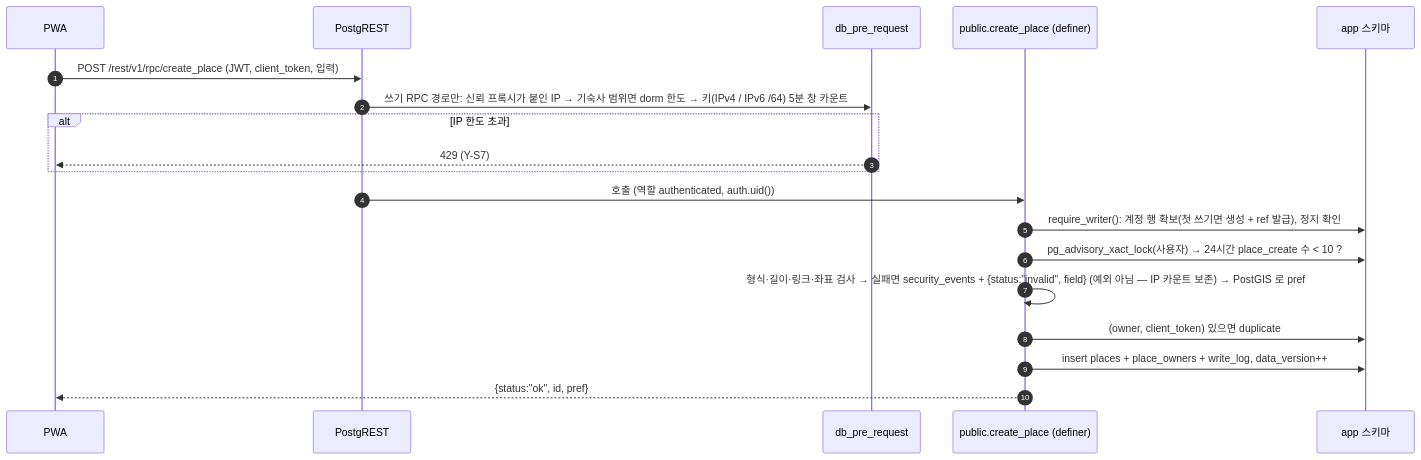
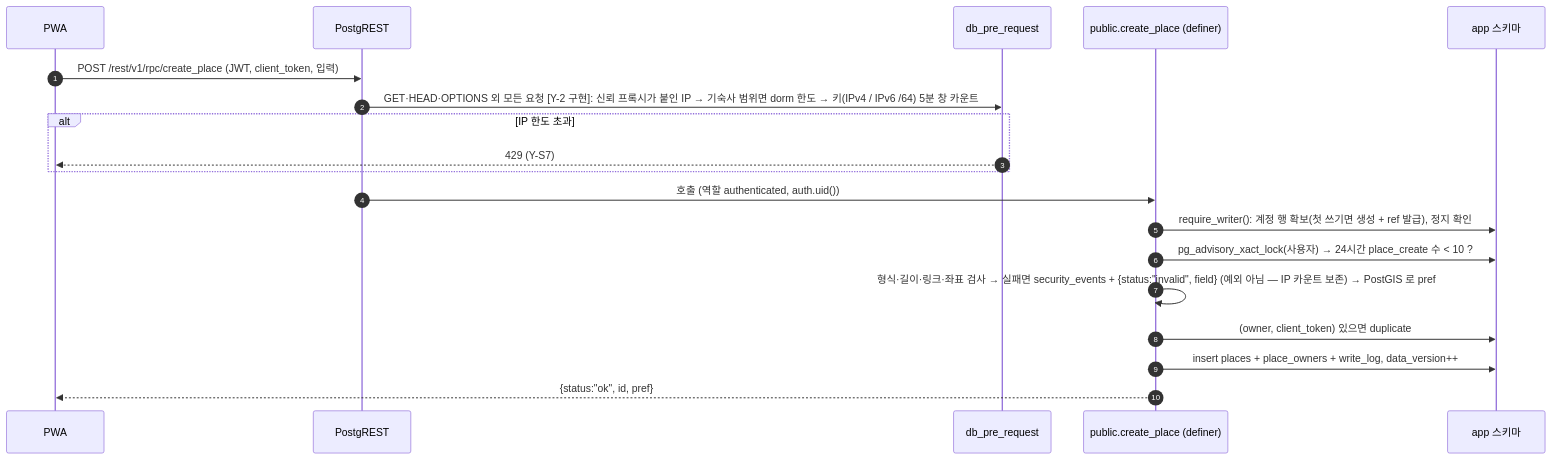
The seventh of 9 diagrams in docs/architecture/rfc/0003-yunabi-v2.md (underthesun7213/yui-board), drawn with Mermaid before and after one commit. The commit also changed other lines of this file and 14 other files, not shown here.

````diff
--- a/docs/architecture/rfc/0003-yunabi-v2.md
+++ b/docs/architecture/rfc/0003-yunabi-v2.md
@@ -582,21 +591,21 @@
 ```mermaid
 sequenceDiagram
   autonumber
   participant C as PWA
   participant PR as PostgREST
   participant PRE as db_pre_request
   participant F as public.create_place (definer)
   participant DB as app 스키마
   C->>PR: POST /rest/v1/rpc/create_place (JWT, client_token, 입력)
-  PR->>PRE: 쓰기 RPC 경로만: 신뢰 프록시가 붙인 IP → 기숙사 범위면 dorm 한도 → 키(IPv4 / IPv6 /64) 5분 창 카운트
+  PR->>PRE: GET·HEAD·OPTIONS 외 모든 요청 [Y-2 구현]: 신뢰 프록시가 붙인 IP → 기숙사 범위면 dorm 한도 → 키(IPv4 / IPv6 /64) 5분 창 카운트
   alt IP 한도 초과
     PRE-->>C: 429 (Y-S7)
   end
   PR->>F: 호출 (역할 authenticated, auth.uid())
   F->>DB: require_writer(): 계정 행 확보(첫 쓰기면 생성 + ref 발급), 정지 확인
   F->>DB: pg_advisory_xact_lock(사용자) → 24시간 place_create 수 < 10 ?
   F->>F: 형식·길이·링크·좌표 검사 → 실패면 security_events + {status:"invalid", field} (예외 아님 — IP 카운트 보존) → PostGIS 로 pref
   F->>DB: (owner, client_token) 있으면 duplicate
   F->>DB: insert places + place_owners + write_log, data_version++
   F-->>C: {status:"ok", id, pref}
 ```
````
